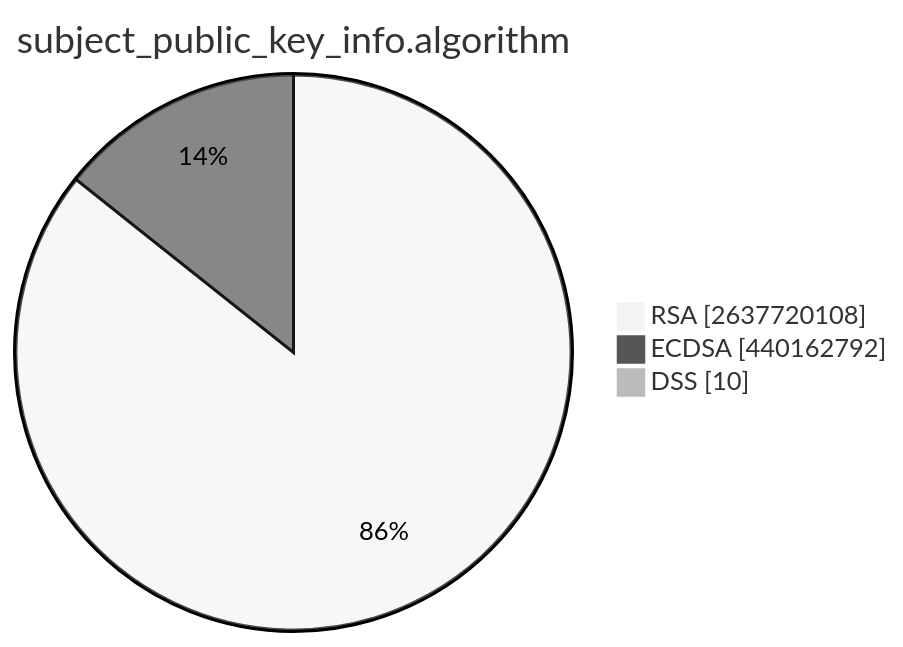
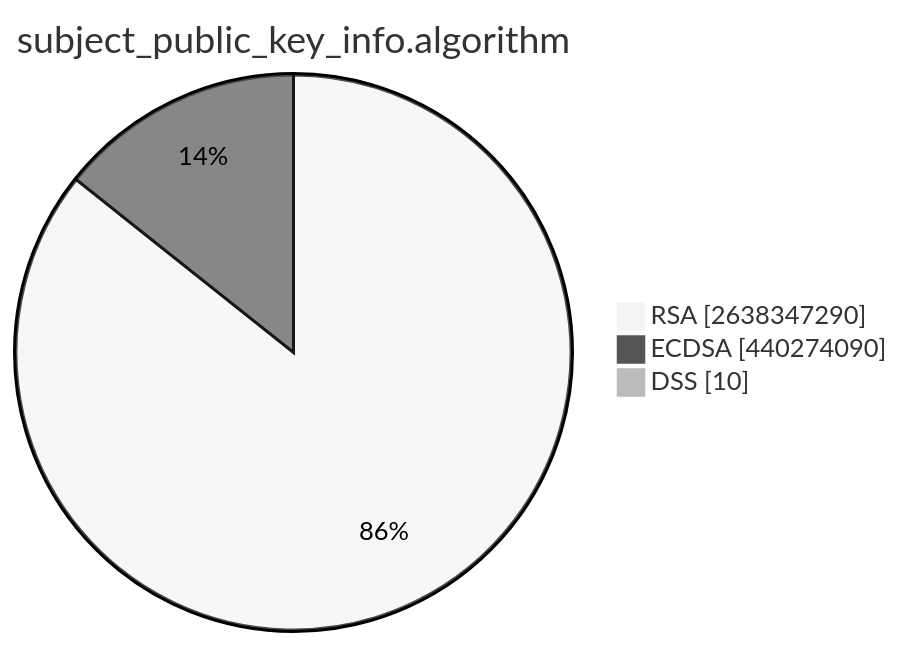
One commit to christiankrug/ctmonitor_visualization changed the second of 15 diagrams in TOTAL/README.md. Above: the diagram before and after it, drawn with Mermaid (neutral theme). The commit also changed other lines of this file, not shown here.

````diff
--- a/TOTAL/README.md
+++ b/TOTAL/README.md
@@ -6,7 +6,7 @@
 ```mermaid
 pie showData
 title subject_public_key_info.algorithm
-"RSA" :2637720108
-"ECDSA" :440162792
+"RSA" :2638347290
+"ECDSA" :440274090
 "DSS" :10
 ```
````
